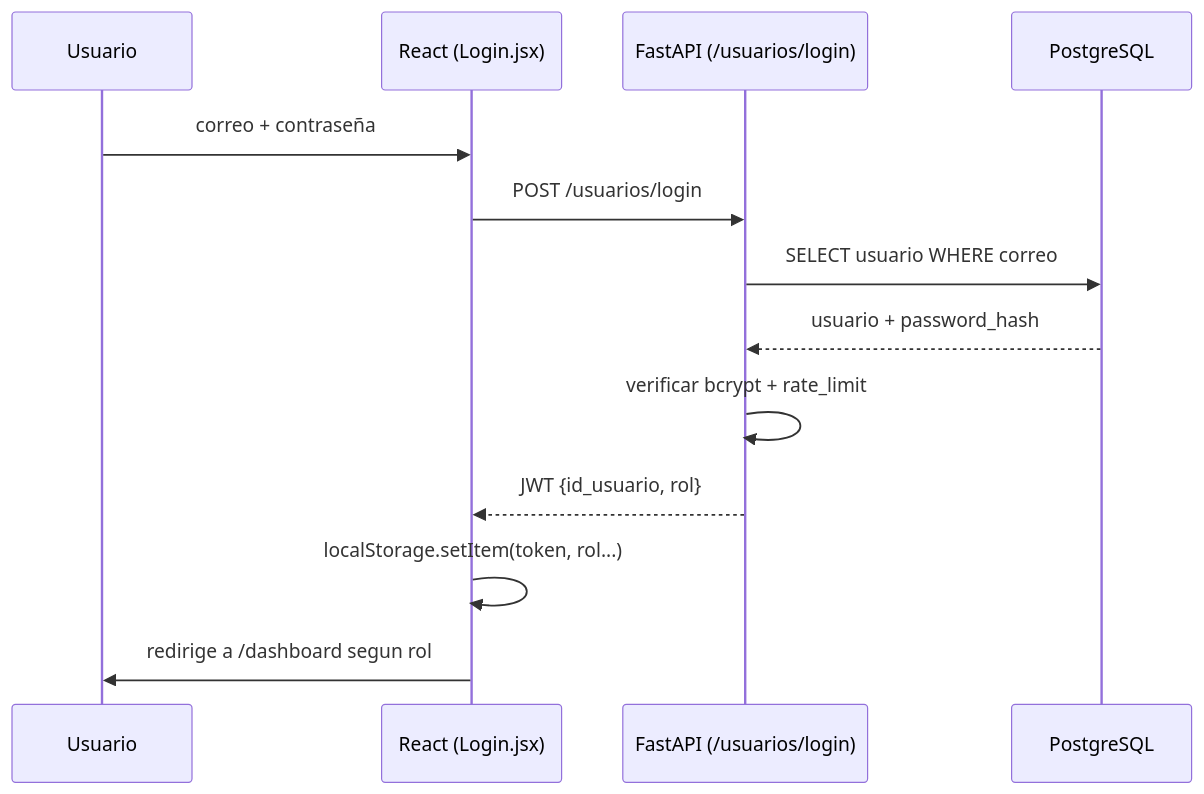
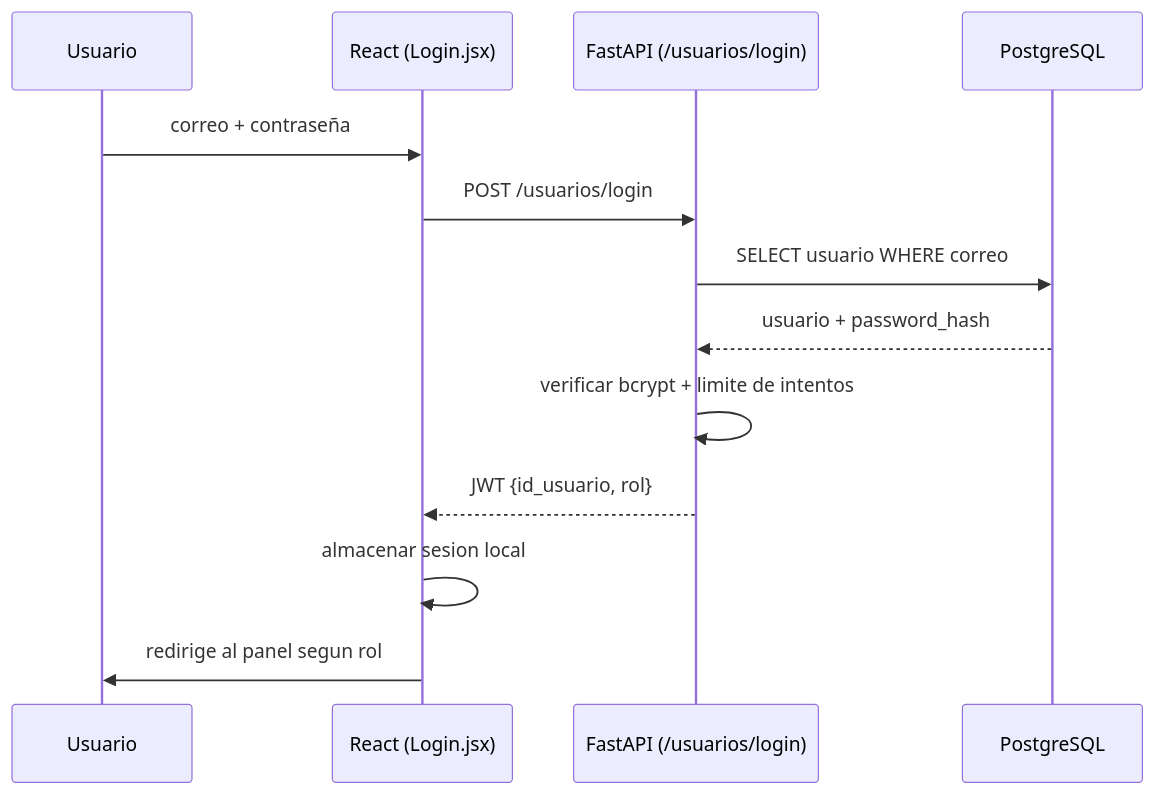
Before and after one commit to KeenGuerra/GleyforGymInvestigacion: the sixth of 7 diagrams in docs/07_Gestion_Proyecto/Intervencion_Metodologica.md, drawn with Mermaid. The commit also changed other lines of this file, not shown here.

````diff
--- a/docs/07_Gestion_Proyecto/Intervencion_Metodologica.md
+++ b/docs/07_Gestion_Proyecto/Intervencion_Metodologica.md
@@ -305,15 +369,15 @@
 ```mermaid
 sequenceDiagram
     participant U as Usuario
     participant F as React (Login.jsx)
     participant A as FastAPI (/usuarios/login)
     participant DB as PostgreSQL
     U->>F: correo + contraseña
     F->>A: POST /usuarios/login
     A->>DB: SELECT usuario WHERE correo
     DB-->>A: usuario + password_hash
-    A->>A: verificar bcrypt + rate_limit
+    A->>A: verificar bcrypt + limite de intentos
     A-->>F: JWT {id_usuario, rol}
-    F->>F: localStorage.setItem(token, rol...)
-    F->>U: redirige a /dashboard segun rol
+    F->>F: almacenar sesion local
+    F->>U: redirige al panel segun rol
 ```
````
